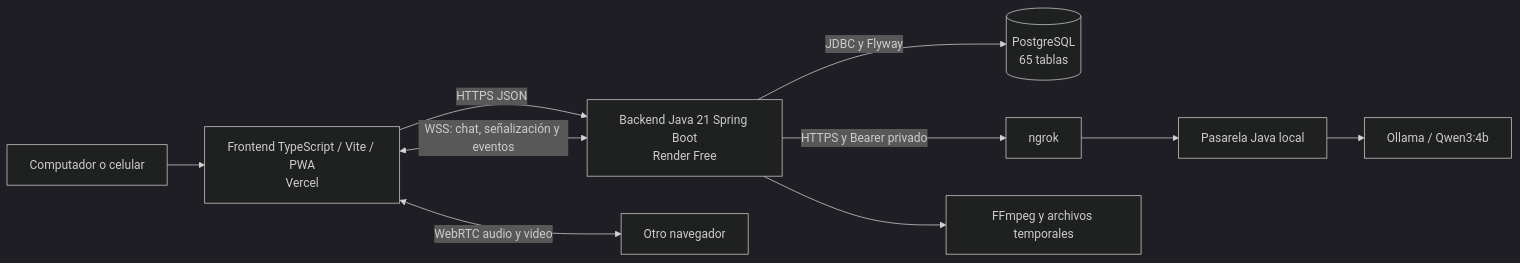
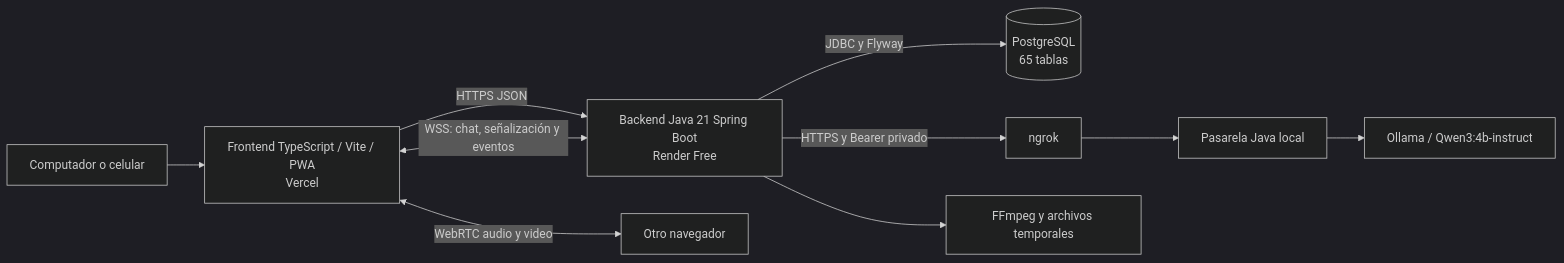
One commit to samuelvallejo/Proyecto-final-patrones-de-software changed the first of 2 diagrams in docs/ARQUITECTURA.md. Above: the diagram before and after it, drawn with Mermaid (dark theme). The commit also changed 17 other files, not shown here.

````diff
--- a/docs/ARQUITECTURA.md
+++ b/docs/ARQUITECTURA.md
@@ -5,12 +5,12 @@
 ```mermaid
 flowchart LR
     U[Computador o celular] --> F[Frontend TypeScript / Vite / PWA\nVercel]
     F -->|HTTPS JSON| B[Backend Java 21 Spring Boot\nRender Free]
     F <-->|WSS: chat, señalización y eventos| B
     B -->|JDBC y Flyway| D[(PostgreSQL\n65 tablas)]
     B -->|HTTPS y Bearer privado| N[ngrok]
     N --> G[Pasarela Java local]
-    G --> O[Ollama / Qwen3:4b]
+    G --> O[Ollama / Qwen3:4b-instruct]
     B --> M[FFmpeg y archivos temporales]
     F <-->|WebRTC audio y video| V[Otro navegador]
 ```
````
